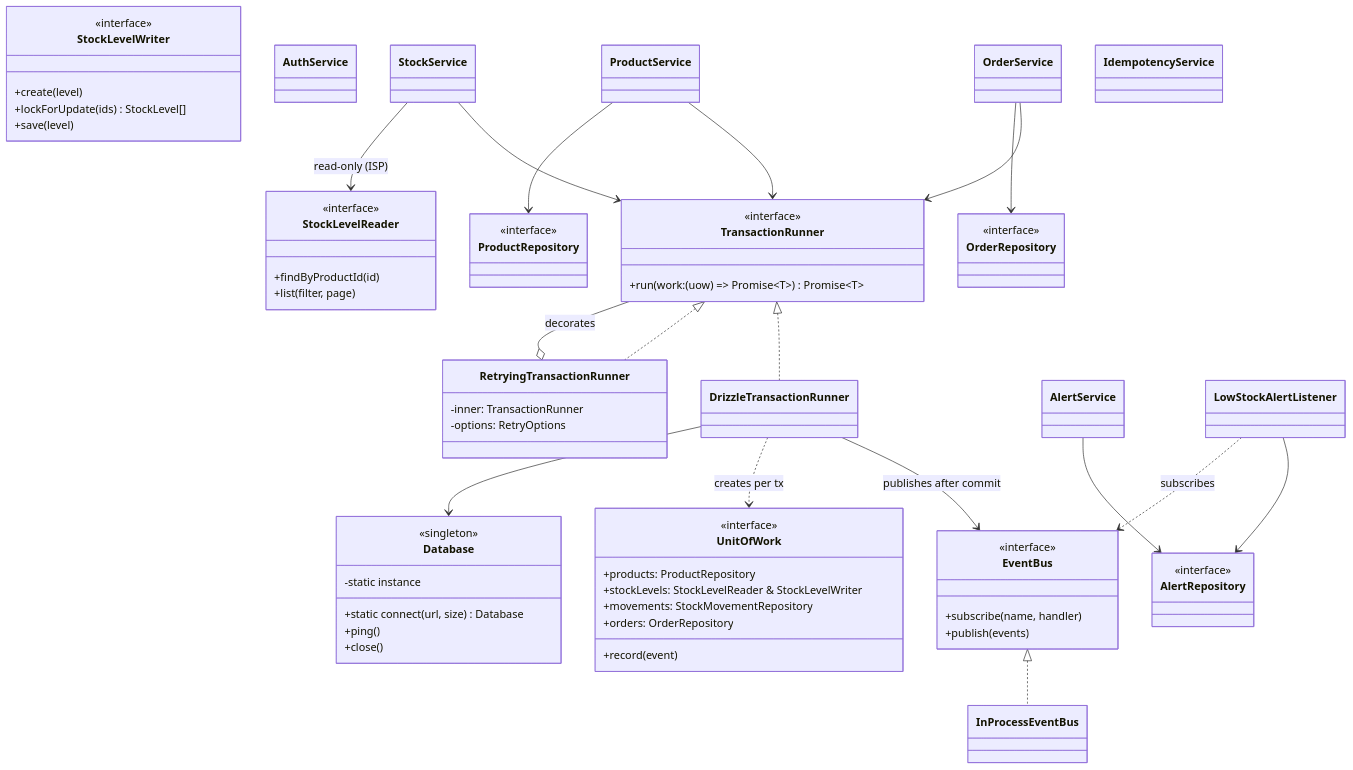
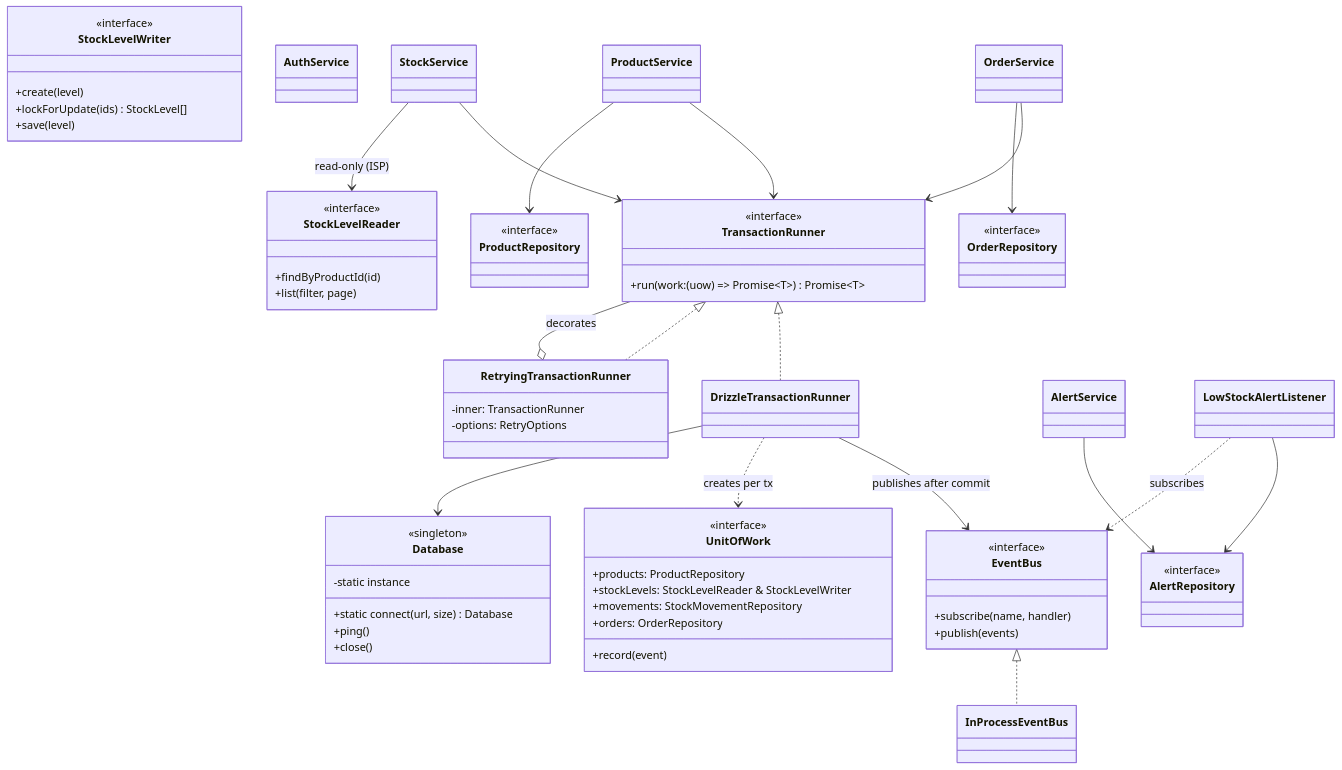
Before and after one commit to antedotee/sd-project-inventory-system: the second of 2 diagrams in docs/02-class-diagram.md, drawn with Mermaid. The commit also changed other lines of this file and 35 other files, not shown here.

Commit message:
refactored code a bit, updated the diagram

````diff
--- a/docs/02-class-diagram.md
+++ b/docs/02-class-diagram.md
@@ -176,82 +168,81 @@
 ```mermaid
 classDiagram
   direction TB
 
   class TransactionRunner {
     <<interface>>
     +run(work: (uow) => Promise~T~) Promise~T~
   }
   class UnitOfWork {
     <<interface>>
     +products: ProductRepository
     +stockLevels: StockLevelReader & StockLevelWriter
     +movements: StockMovementRepository
     +orders: OrderRepository
     +record(event)
   }
   class EventBus {
     <<interface>>
     +subscribe(name, handler)
     +publish(events)
   }
   class StockLevelReader {
     <<interface>>
     +findByProductId(id)
     +list(filter, page)
   }
   class StockLevelWriter {
     <<interface>>
     +create(level)
     +lockForUpdate(ids) StockLevel[]
     +save(level)
   }
   class ProductRepository {
     <<interface>>
   }
   class OrderRepository {
     <<interface>>
   }
   class AlertRepository {
     <<interface>>
   }
 
   class DrizzleTransactionRunner
   class RetryingTransactionRunner {
     -inner: TransactionRunner
     -options: RetryOptions
   }
   class InProcessEventBus
   class Database {
     <<singleton>>
     -static instance
     +static connect(url, size) Database
     +ping()
     +close()
   }
 
   class AuthService
   class ProductService
   class StockService
   class OrderService
   class AlertService
   class LowStockAlertListener
-  class IdempotencyService
 
   TransactionRunner <|.. DrizzleTransactionRunner
   TransactionRunner <|.. RetryingTransactionRunner
   RetryingTransactionRunner o-- TransactionRunner : decorates
   EventBus <|.. InProcessEventBus
   DrizzleTransactionRunner --> EventBus : publishes after commit
   DrizzleTransactionRunner ..> UnitOfWork : creates per tx
   DrizzleTransactionRunner --> Database
 
   OrderService --> TransactionRunner
   OrderService --> OrderRepository
   StockService --> TransactionRunner
   StockService --> StockLevelReader : read-only (ISP)
   ProductService --> TransactionRunner
   ProductService --> ProductRepository
   AlertService --> AlertRepository
   LowStockAlertListener --> AlertRepository
   LowStockAlertListener ..> EventBus : subscribes
 ```
````
